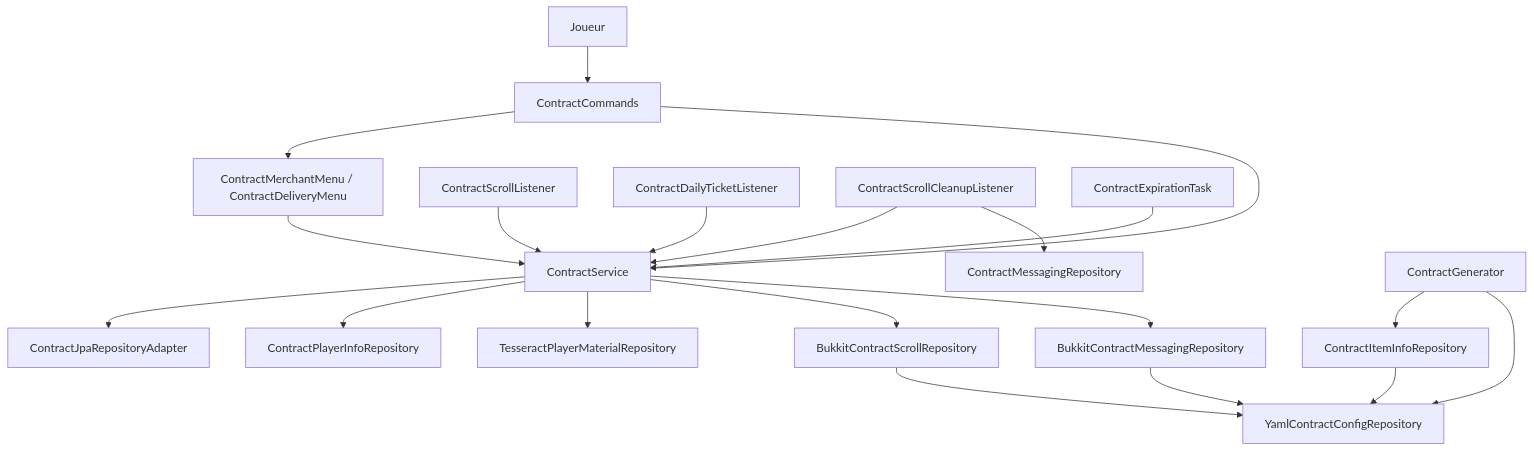
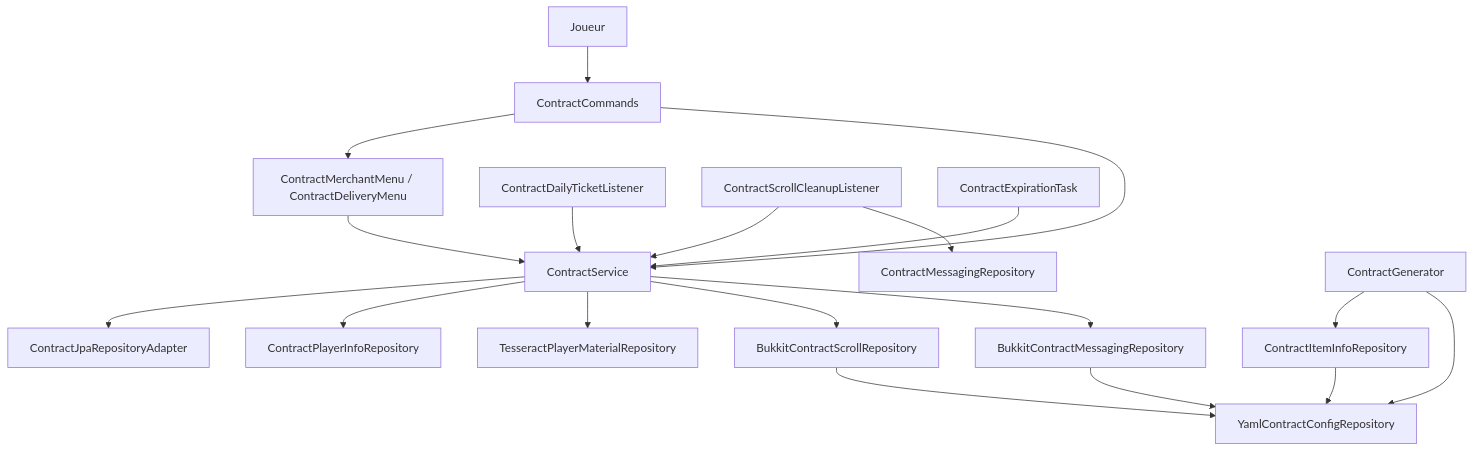
Before and after one commit to TesseractFR/TesseractSRP2: the first of 4 diagrams in contract-adapter/spec/contract-adapter.md, drawn with Mermaid. The commit also changed other lines of this file and 30 other files, not shown here.

````diff
--- a/contract-adapter/spec/contract-adapter.md
+++ b/contract-adapter/spec/contract-adapter.md
@@ -34,22 +34,21 @@
 ```mermaid
 flowchart TD
     JOUEUR[Joueur] --> CMD[ContractCommands]
     CMD --> MENU[ContractMerchantMenu / ContractDeliveryMenu]
     CMD --> SVC[ContractService]
     MENU --> SVC
-    EV1[ContractScrollListener] --> SVC
     EV2[ContractDailyTicketListener] --> SVC
     EV3[ContractScrollCleanupListener] --> SVC
     EV3 --> MSGP[ContractMessagingRepository]
     TASK[ContractExpirationTask] --> SVC
     SVC --> JPA[ContractJpaRepositoryAdapter]
     SVC --> PINFO[ContractPlayerInfoRepository]
     SVC --> MAT[TesseractPlayerMaterialRepository]
     SVC --> SCR[BukkitContractScrollRepository]
     SVC --> MSG[BukkitContractMessagingRepository]
     GEN[ContractGenerator] --> IINFO[ContractItemInfoRepository]
     GEN --> CFG[YamlContractConfigRepository]
     IINFO --> CFG
     SCR --> CFG
     MSG --> CFG
 ```
````
